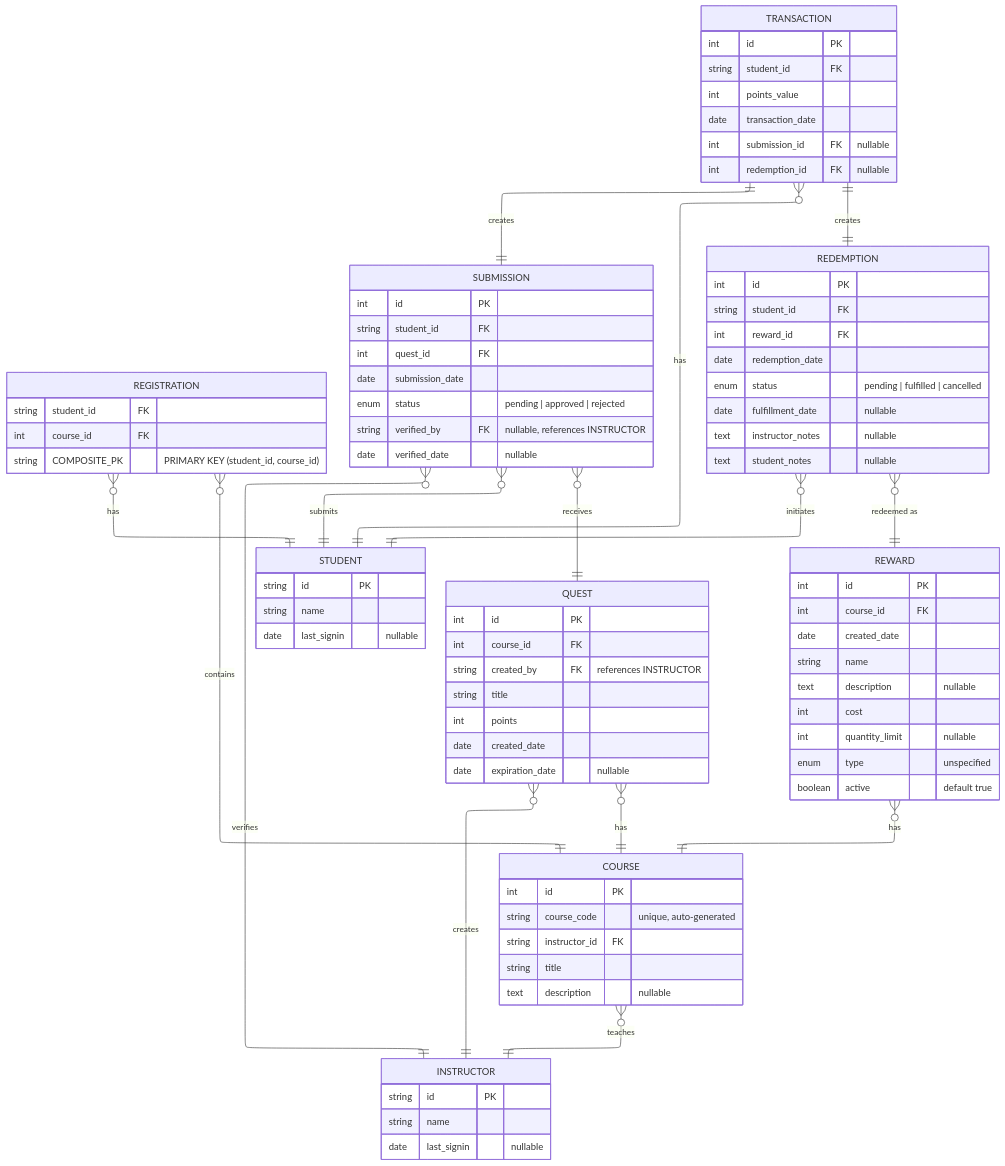
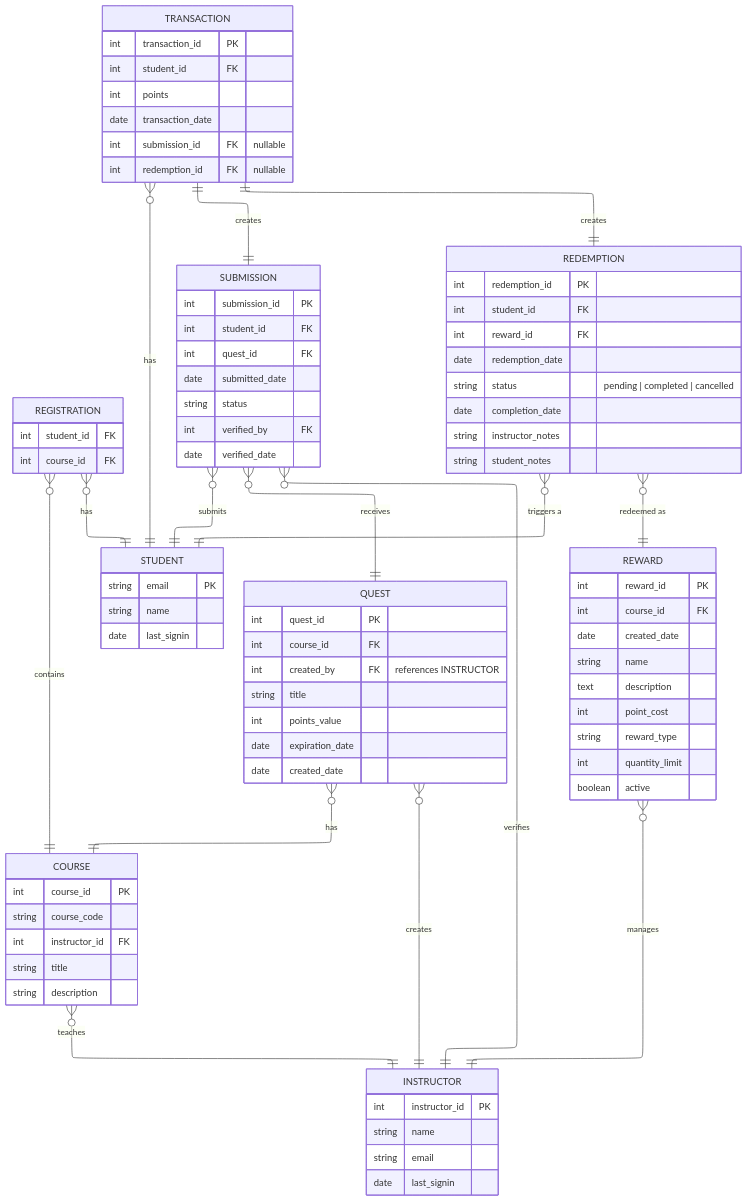
One commit to travis-aaron/LevelUpEDU changed the diagram in README.md. Above: the diagram before and after it, drawn with Mermaid. The commit also changed other lines of this file and 15 other files, not shown here.

````diff
--- a/README.md
+++ b/README.md
@@ -56,97 +50,88 @@
 ---
 erDiagram
 	direction BT
-	
 	STUDENT {
-		string id PK
-		string name
-		date last_signin "nullable"
+		string email PK ""  
+		string name  ""
+		date last_signin  ""
 	}
-	
 	INSTRUCTOR {
-		string id PK
-		string name
-		date last_signin "nullable"
+		int instructor_id PK ""  
+		string name  ""  
+		string email  ""  
+		date last_signin  ""  
 	}
-	
 	REGISTRATION {
-		string student_id FK
-		int course_id FK
-		string COMPOSITE_PK "PRIMARY KEY (student_id, course_id)"
+		int student_id FK ""  
+		int course_id FK ""  
 	}
-	
 	COURSE {
-		int id PK
-		string course_code "unique, auto-generated"
-		string instructor_id FK
-		string title
-		text description "nullable"
+		int course_id PK ""  
+		string course_code ""  
+		int instructor_id FK ""  
+		string title  ""  
+		string description  ""  
 	}
-	
 	QUEST {
-		int id PK
-		int course_id FK
-		string created_by FK "references INSTRUCTOR"
-		string title
-		int points
-		date created_date
-		date expiration_date "nullable"
+		int quest_id PK ""  
+		int course_id FK ""
+        int created_by FK "references INSTRUCTOR"  
+		string title  ""  
+		int points_value  ""  
+		date expiration_date  ""  
+		date created_date  ""  
 	}
-	
 	SUBMISSION {
-		int id PK
-		string student_id FK
-		int quest_id FK
-		date submission_date
-		enum status "pending | approved | rejected"
-		string verified_by FK "nullable, references INSTRUCTOR"
-		date verified_date "nullable"
+		int submission_id PK ""  
+		int student_id FK ""  
+		int quest_id FK ""  
+		date submitted_date  ""  
+		string status  ""  
+		int verified_by FK ""  
+		date verified_date  ""  
 	}
-	
 	TRANSACTION {
-		int id PK
-		string student_id FK
-		int points_value
-		date transaction_date
-		int submission_id FK "nullable"
+		int transaction_id PK ""  
+		int student_id FK ""  
+		int points  ""  
+		date transaction_date  ""  
+		int submission_id FK "nullable"  
 		int redemption_id FK "nullable"
 	}
-	
 	REDEMPTION {
-		int id PK
-		string student_id FK
-		int reward_id FK
-		date redemption_date
-		enum status "pending | fulfilled | cancelled"
-		date fulfillment_date "nullable"
-		text instructor_notes "nullable"
-		text student_notes "nullable"
+		int redemption_id PK ""  
+		int student_id FK ""  
+		int reward_id FK ""  
+		date redemption_date  ""  
+		string status  "pending | completed | cancelled"  
+		date completion_date  ""  
+		string instructor_notes  ""  
+		string student_notes  ""  
 	}
-	
 	REWARD {
-		int id PK
-		int course_id FK
-		date created_date
-		string name
-		text description "nullable"
-		int cost
-		int quantity_limit "nullable"
-		enum type "unspecified"
-		boolean active "default true"
+		int reward_id PK ""  
+		int course_id FK ""  
+		date created_date  ""  
+		string name  ""  
+		text description  ""  
+		int point_cost  ""  
+		string reward_type  ""  
+		int quantity_limit  ""  
+		boolean active  ""  
 	}
-	
 	STUDENT||--o{REGISTRATION:"has"
 	COURSE||--o{REGISTRATION:"contains"
 	INSTRUCTOR||--o{COURSE:"teaches"
 	COURSE||--o{QUEST:"has"
 	INSTRUCTOR||--o{QUEST:"creates"
-	COURSE||--o{REWARD:"has"
+	INSTRUCTOR||--o{REWARD:"manages"
 	STUDENT||--o{SUBMISSION:"submits"
 	QUEST||--o{SUBMISSION:"receives"
 	INSTRUCTOR||--o{SUBMISSION:"verifies"
-	STUDENT||--o{TRANSACTION:"has"
-	STUDENT||--o{REDEMPTION:"initiates"
-	REWARD||--o{REDEMPTION:"redeemed as"
-	SUBMISSION||--||TRANSACTION:"creates"
-	REDEMPTION||--||TRANSACTION:"creates"
+    STUDENT||--o{TRANSACTION:"has"
+	STUDENT||--o{REDEMPTION:"triggers a"
+	REWARD||--o{REDEMPTION:"redeemed as"    
+    SUBMISSION||--||TRANSACTION:"creates"
+    REDEMPTION||--||TRANSACTION:"creates"
+
 ```
````
